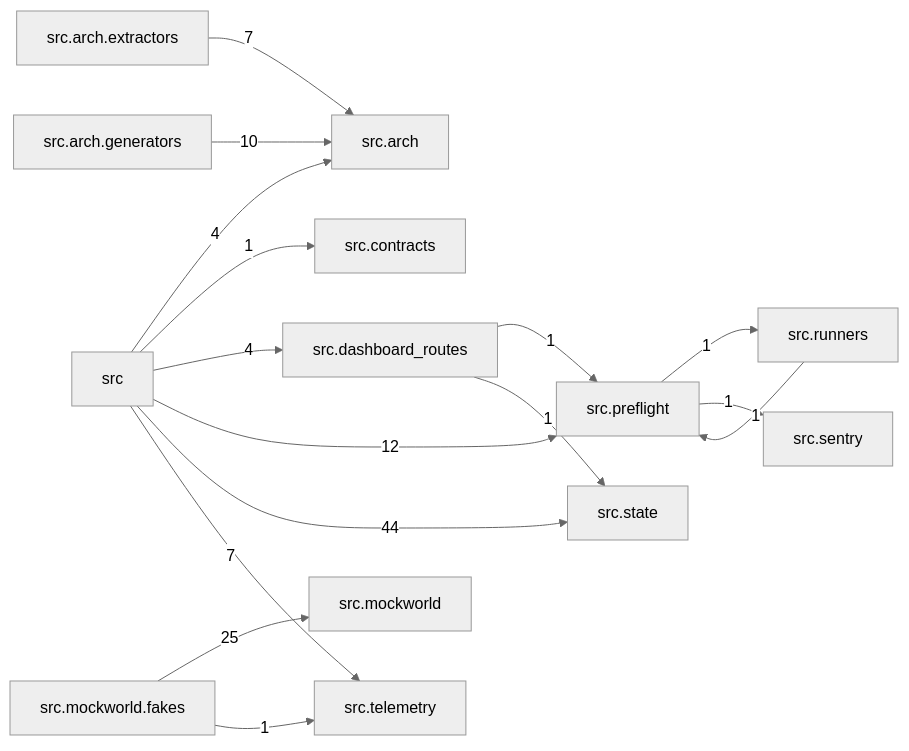
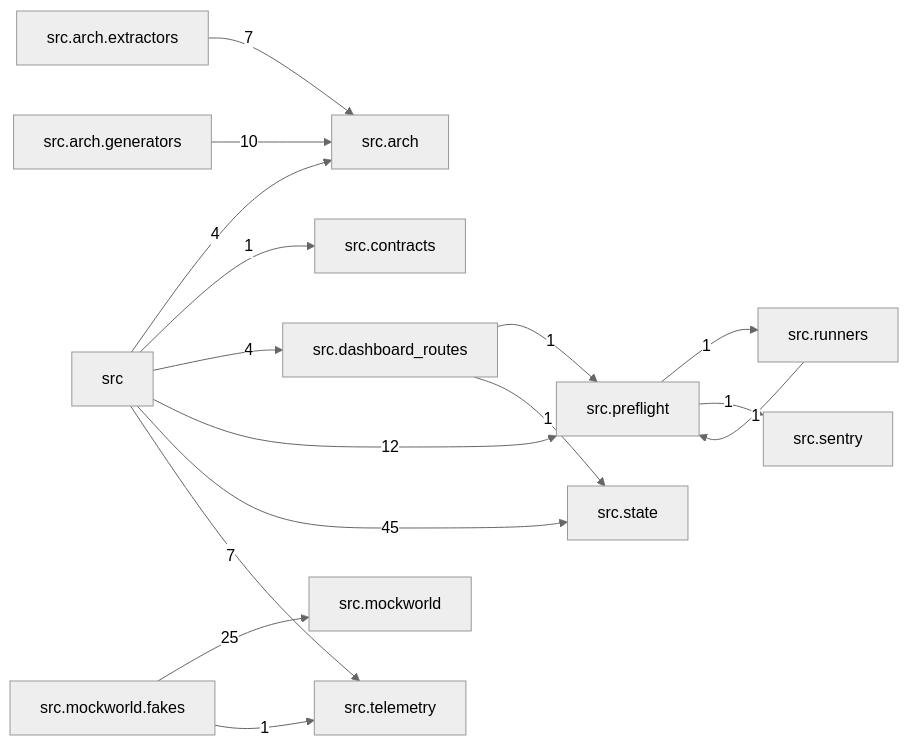
The diagram in docs/arch/generated/modules.md (T-rav/hydraflow), drawn with Mermaid (neutral theme) before and after one commit. The commit also changed other lines of this file and 11 other files, not shown here.

````diff
--- a/docs/arch/generated/modules.md
+++ b/docs/arch/generated/modules.md
@@ -7,31 +7,31 @@
 ```mermaid
 graph LR
     src["src"]
     src_arch["src.arch"]
     src_arch_extractors["src.arch.extractors"]
     src_arch_generators["src.arch.generators"]
     src_contracts["src.contracts"]
     src_dashboard_routes["src.dashboard_routes"]
     src_mockworld["src.mockworld"]
     src_mockworld_fakes["src.mockworld.fakes"]
     src_preflight["src.preflight"]
     src_runners["src.runners"]
     src_sentry["src.sentry"]
     src_state["src.state"]
     src_telemetry["src.telemetry"]
     src -- "4" --> src_arch
     src -- "1" --> src_contracts
     src -- "4" --> src_dashboard_routes
     src -- "12" --> src_preflight
-    src -- "44" --> src_state
+    src -- "45" --> src_state
     src -- "7" --> src_telemetry
     src_arch_extractors -- "7" --> src_arch
     src_arch_generators -- "10" --> src_arch
     src_dashboard_routes -- "1" --> src_preflight
     src_dashboard_routes -- "1" --> src_state
     src_mockworld_fakes -- "25" --> src_mockworld
     src_mockworld_fakes -- "1" --> src_telemetry
     src_preflight -- "1" --> src_runners
     src_preflight -- "1" --> src_sentry
     src_runners -- "1" --> src_preflight
 ```
````
